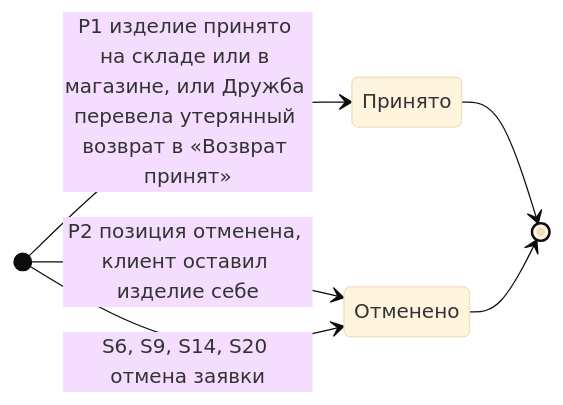
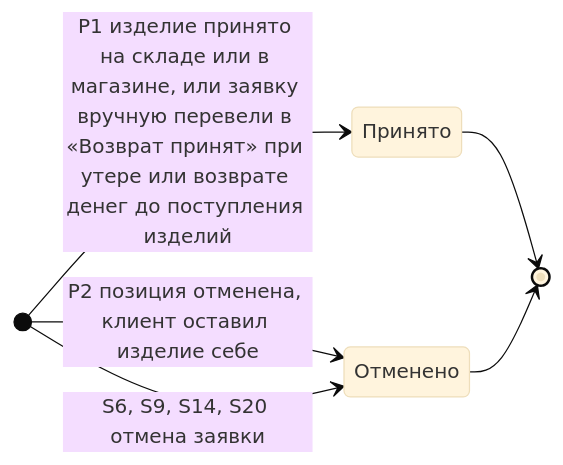
One commit to Terinss155/opencode-agents-analysis changed the second of 3 diagrams in projects/returns-2.0/requirements/diagrams/state/return-status_state_wiki.md. Above: the diagram before and after it, drawn with Mermaid (base theme). The commit also changed other lines of this file and 11 other files, not shown here.

First line of the commit message:
Возвраты 2.0: статусная модель v6 (ADR-RET-094), баллы при «Возврат принят», US6

````diff
--- a/projects/returns-2.0/requirements/diagrams/state/return-status_state_wiki.md
+++ b/projects/returns-2.0/requirements/diagrams/state/return-status_state_wiki.md
@@ -408,13 +408,13 @@
 ```mermaid
 stateDiagram-v2
     direction LR
 
     state "Принято" as AcceptedWh
     state "Отменено" as PosCancelled
 
-    [*] --> AcceptedWh : P1 изделие принято на складе или в магазине, или Дружба перевела утерянный возврат в «Возврат принят»
+    [*] --> AcceptedWh : P1 изделие принято на складе или в магазине, или заявку вручную перевели в «Возврат принят» при утере или возврате денег до поступления изделий
     [*] --> PosCancelled : P2 позиция отменена, клиент оставил изделие себе
     [*] --> PosCancelled : S6, S9, S14, S20 отмена заявки
     AcceptedWh --> [*]
     PosCancelled --> [*]
 ```
````
